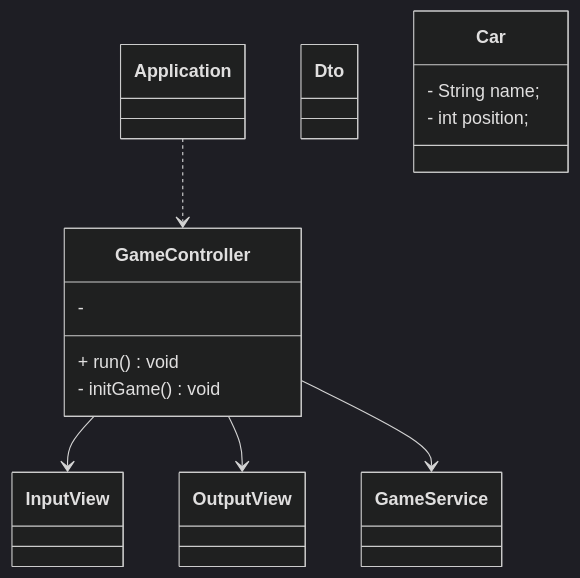
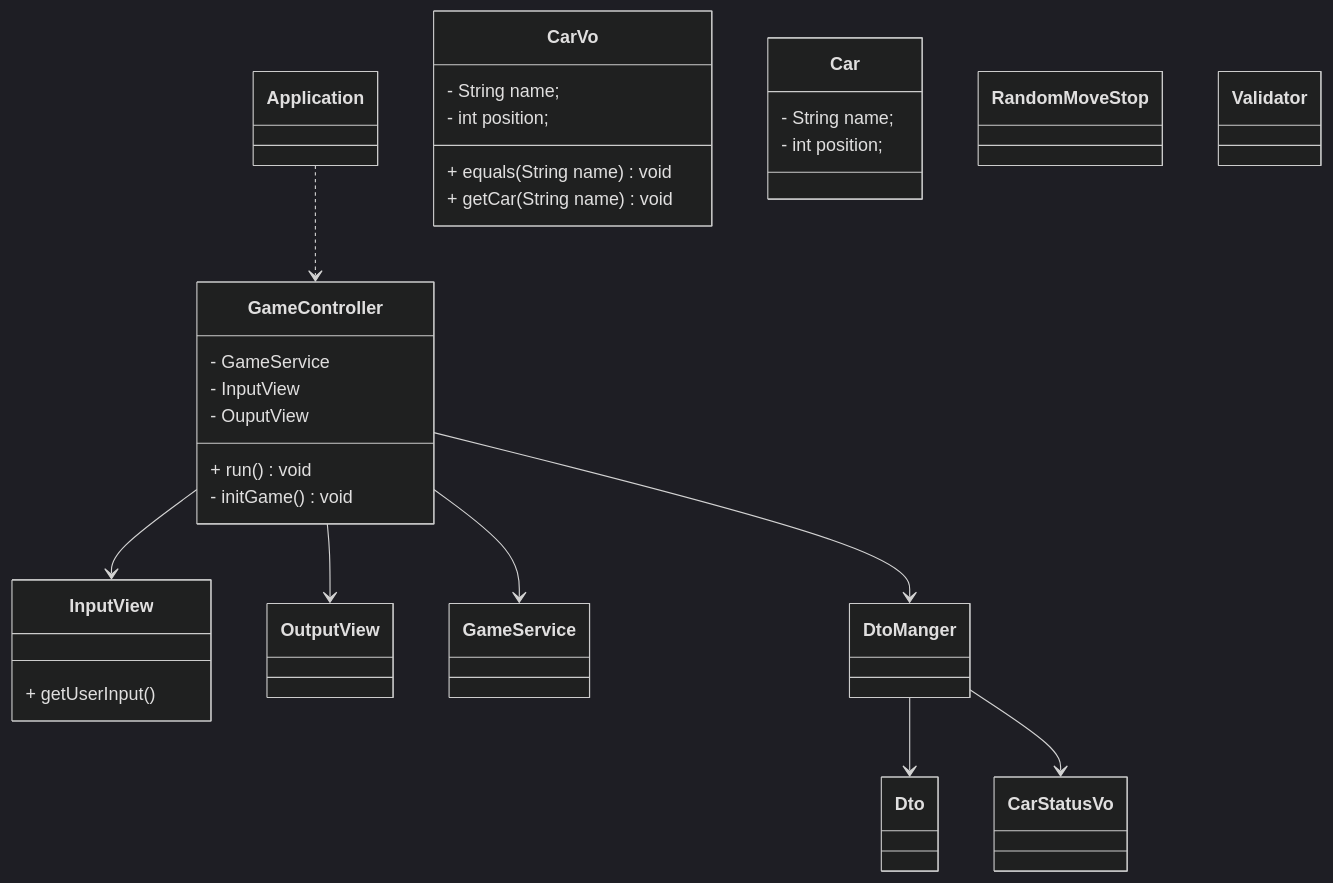
The diagram in docs/README.md (woowacourse-precourse/java-racingcar-6), drawn with Mermaid (dark theme) before and after one commit. The commit also changed 1 other file, not shown here.

Commit message:
dosc: 클래스 모델 상세 작성\n test: inputTest 추가

````diff
--- a/docs/README.md
+++ b/docs/README.md
@@ -14,41 +14,65 @@
 ```mermaid
 classDiagram
     Application ..> GameController
     
     GameController --> InputView
     GameController --> OutputView
     GameController --> GameService
     
+    GameController --> DtoManger
+    DtoManger --> Dto
+    DtoManger --> CarStatusVo
+    
     class Application {
         
     }
-    
+    %% controller 
     class GameController {
-       + run() void
-       - initGame() void
-       - 
+        - GameService
+        - InputView
+        - OuputView
+        + run() void
+        - initGame() void
     }
-    
+    %% view
     class InputView {
-        
+        + getUserInput()
     }
     
     class OutputView {
         
     }
-    
+    %% service
     class GameService {
         
     }
+    %% dto
+    class Dto {
+        
+    }
     
-    class Dto {
-%%        getter
-%%        setter
+    class CarVo {
+        - String name;
+        - int position;
+        + equals(String name) void
+        + getCar(String name) void
     }
+    
     class Car {
         - String name;
         - int position;
     }
+    %% model
+    class RandomMoveStop {
+        
+    }
     
+    %% util
+    class DtoManger {
+        
+    }
     
+    class Validator {
+        
+    }
 ```
````
